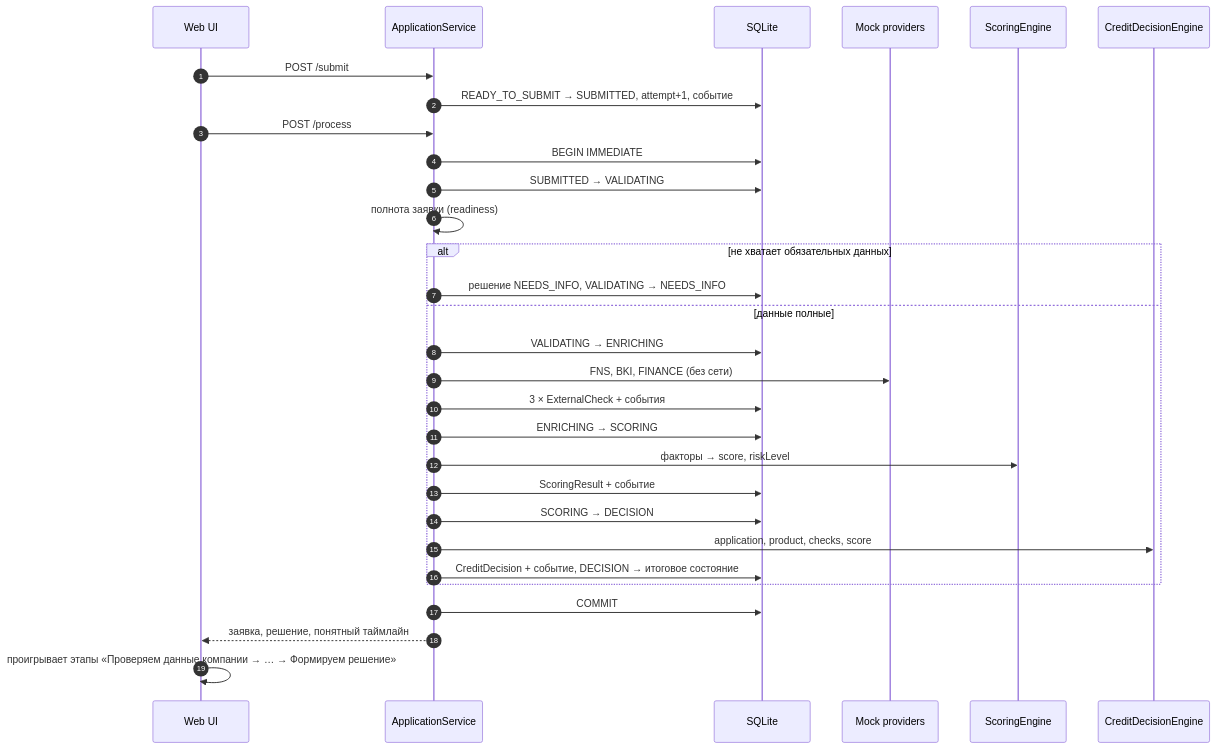
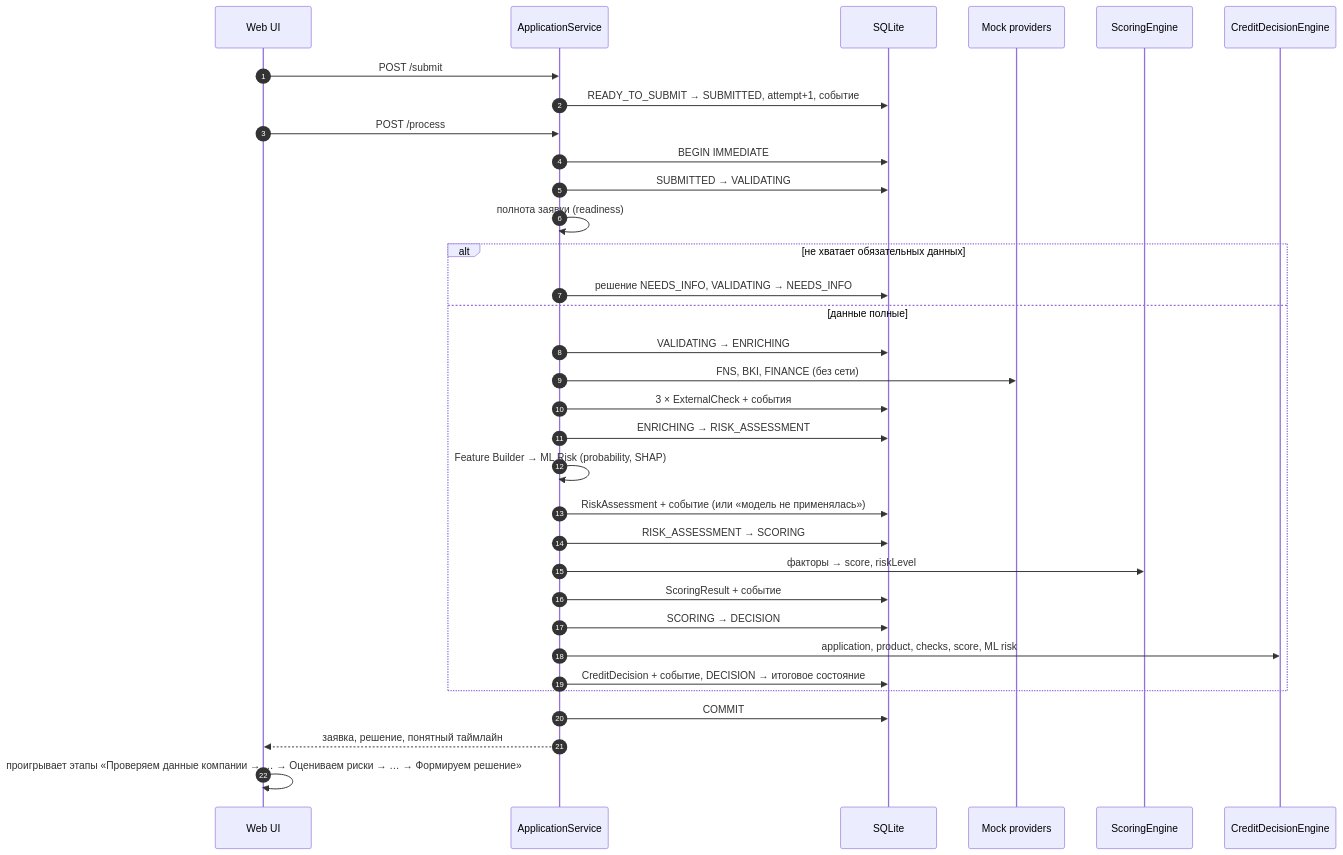
Before and after one commit to Deniskish/ALPHA_HACKATHON: the second of 3 diagrams in docs/architecture.md, drawn with Mermaid. The commit also changed other lines of this file and 104 other files, not shown here.

````diff
--- a/docs/architecture.md
+++ b/docs/architecture.md
@@ -65,32 +82,35 @@
 ```mermaid
 sequenceDiagram
   autonumber
   participant UI as Web UI
   participant API as ApplicationService
   participant DB as SQLite
   participant M as Mock providers
   participant S as ScoringEngine
   participant D as CreditDecisionEngine
   UI->>API: POST /submit
   API->>DB: READY_TO_SUBMIT → SUBMITTED, attempt+1, событие
   UI->>API: POST /process
   API->>DB: BEGIN IMMEDIATE
   API->>DB: SUBMITTED → VALIDATING
   API->>API: полнота заявки (readiness)
   alt не хватает обязательных данных
     API->>DB: решение NEEDS_INFO, VALIDATING → NEEDS_INFO
   else данные полные
     API->>DB: VALIDATING → ENRICHING
     API->>M: FNS, BKI, FINANCE (без сети)
     API->>DB: 3 × ExternalCheck + события
-    API->>DB: ENRICHING → SCORING
+    API->>DB: ENRICHING → RISK_ASSESSMENT
+    API->>API: Feature Builder → ML Risk (probability, SHAP)
+    API->>DB: RiskAssessment + событие (или «модель не применялась»)
+    API->>DB: RISK_ASSESSMENT → SCORING
     API->>S: факторы → score, riskLevel
     API->>DB: ScoringResult + событие
     API->>DB: SCORING → DECISION
-    API->>D: application, product, checks, score
+    API->>D: application, product, checks, score, ML risk
     API->>DB: CreditDecision + событие, DECISION → итоговое состояние
   end
   API->>DB: COMMIT
   API-->>UI: заявка, решение, понятный таймлайн
-  UI->>UI: проигрывает этапы «Проверяем данные компании → … → Формируем решение»
+  UI->>UI: проигрывает этапы «Проверяем данные компании → … → Оцениваем риски → … → Формируем решение»
 ```
````
